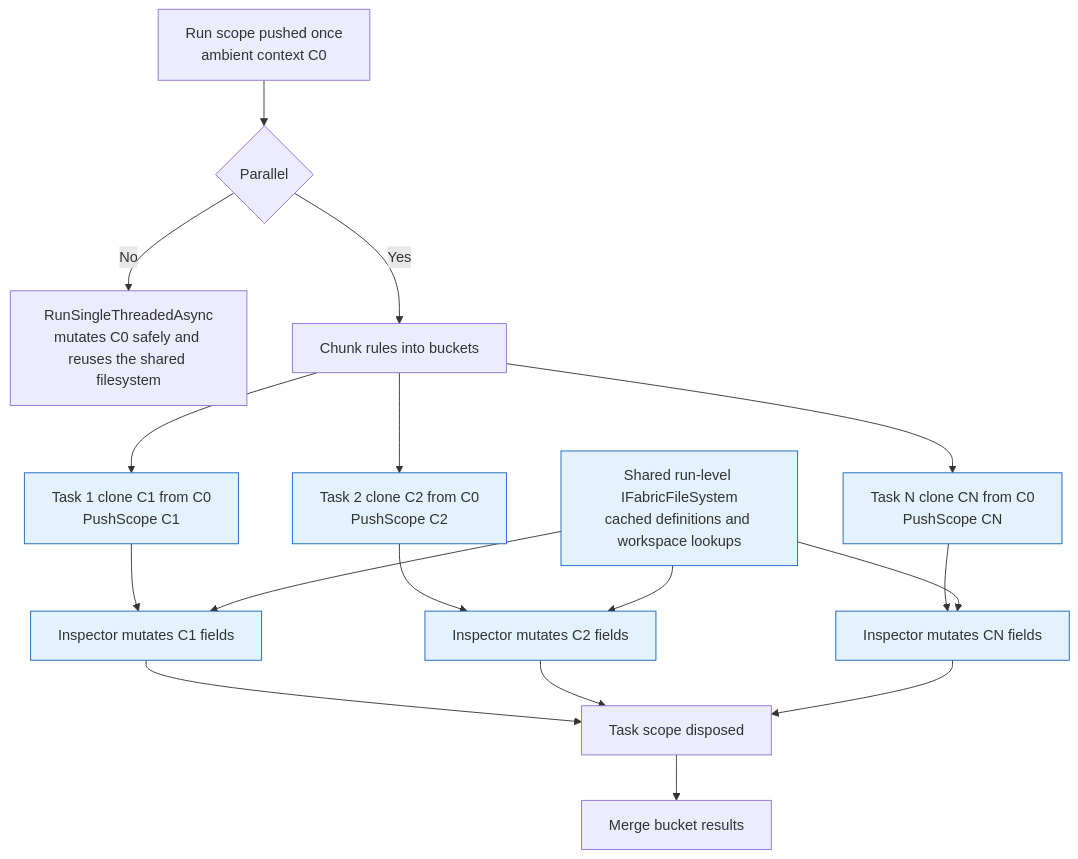
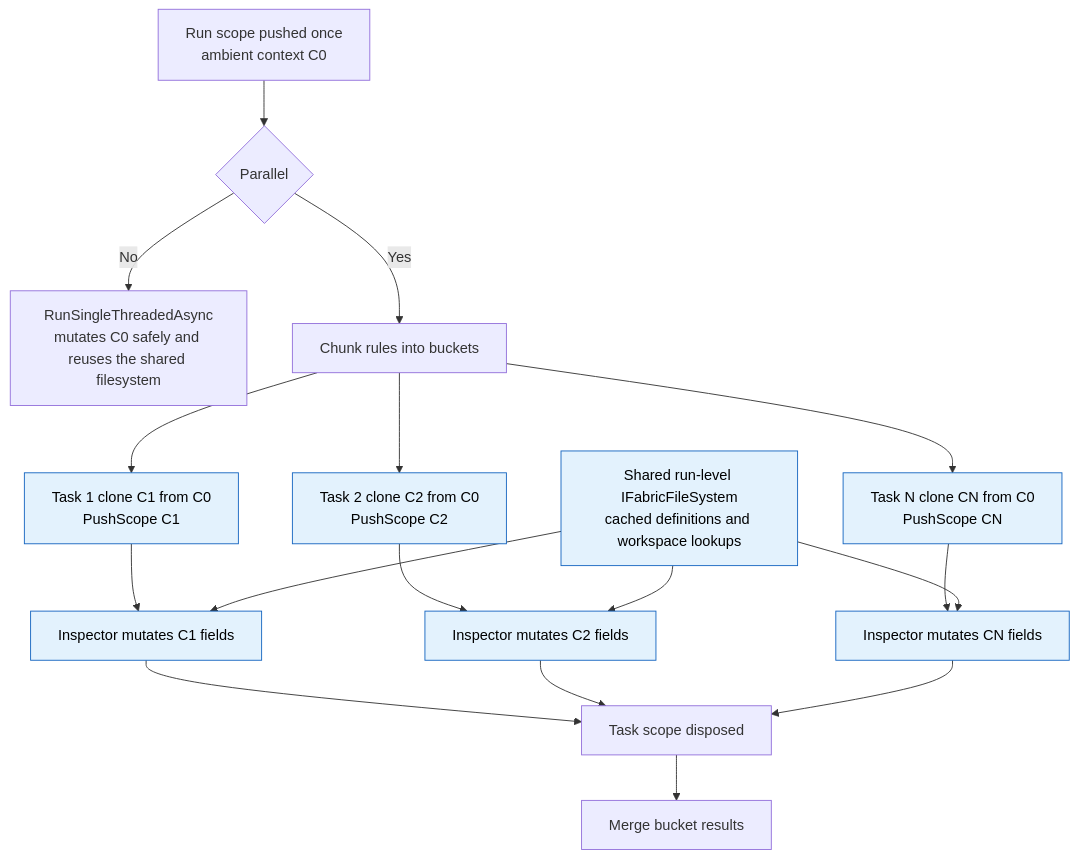
One commit to NatVanG/fab-inspector changed the third of 6 diagrams in FabInspector.Core/Architecture.md. Above: the diagram before and after it, drawn with Mermaid. The commit also changed other lines of this file and 13 other files, not shown here.

````diff
--- a/FabInspector.Core/Architecture.md
+++ b/FabInspector.Core/Architecture.md
@@ -102,27 +102,27 @@
 ```mermaid
 flowchart TB
   A["Run scope pushed once<br/>ambient context C0"] --> B{"Parallel"}
   B -- No --> C["RunSingleThreadedAsync<br/>mutates C0 safely and reuses the shared filesystem"]
   B -- Yes --> D["Chunk rules into buckets"]
   D --> E1["Task 1 clone C1 from C0<br/>PushScope C1"]
   D --> E2["Task 2 clone C2 from C0<br/>PushScope C2"]
   D --> E3["Task N clone CN from C0<br/>PushScope CN"]
 
   E1 --> F1["Inspector mutates C1 fields"]
   E2 --> F2["Inspector mutates C2 fields"]
   E3 --> F3["Inspector mutates CN fields"]
 
   FS["Shared run-level IFabricFileSystem<br/>cached definitions and workspace lookups"]
   FS --> F1
   FS --> F2
   FS --> F3
 
   F1 --> G["Task scope disposed"]
     F2 --> G
     F3 --> G
   G --> H["Merge bucket results"]
 
-  classDef safe fill:#e3f2fd,stroke:#1565c0,stroke-width:1px
+  classDef safe fill:#e3f2fd,stroke:#1565c0,stroke-width:1px,color:#000
   class E1,E2,E3,F1,F2,F3 safe
   class FS safe
 ```
````
